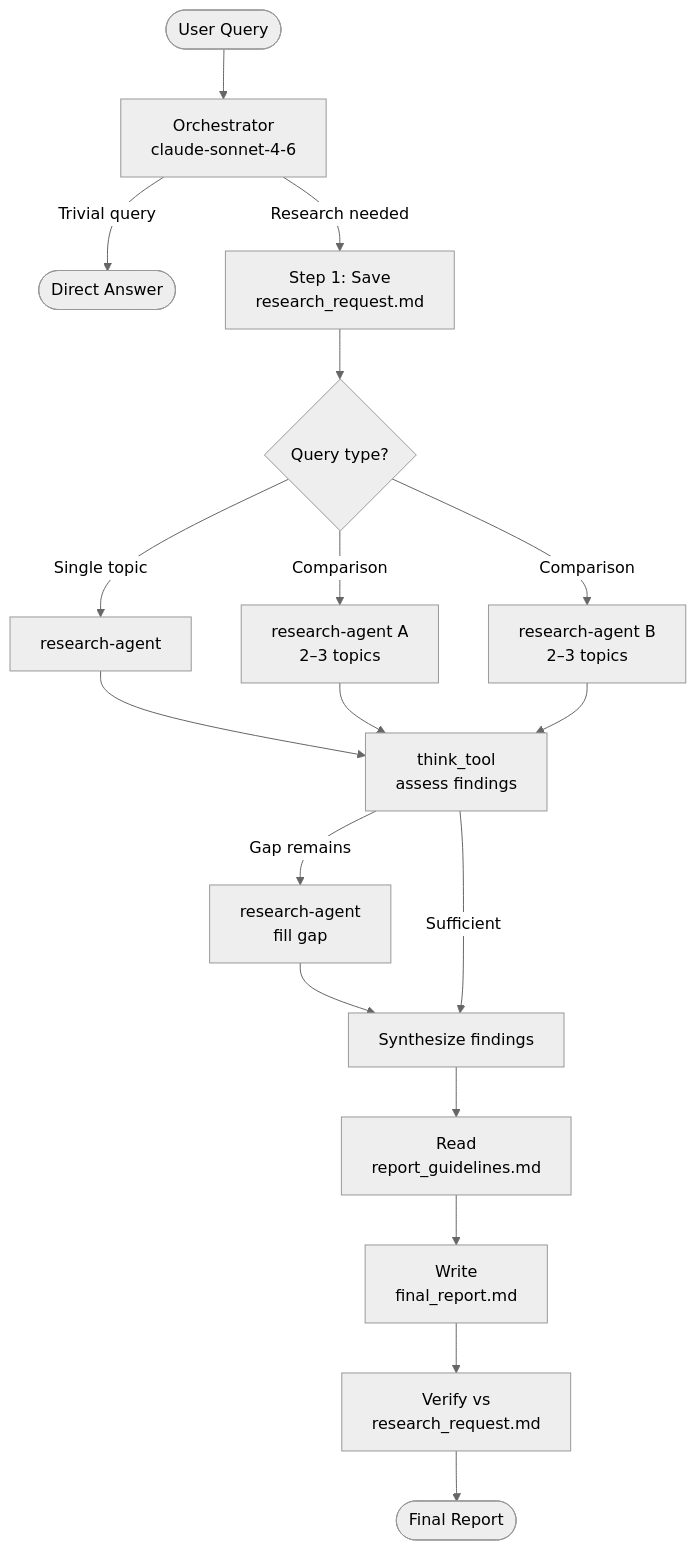
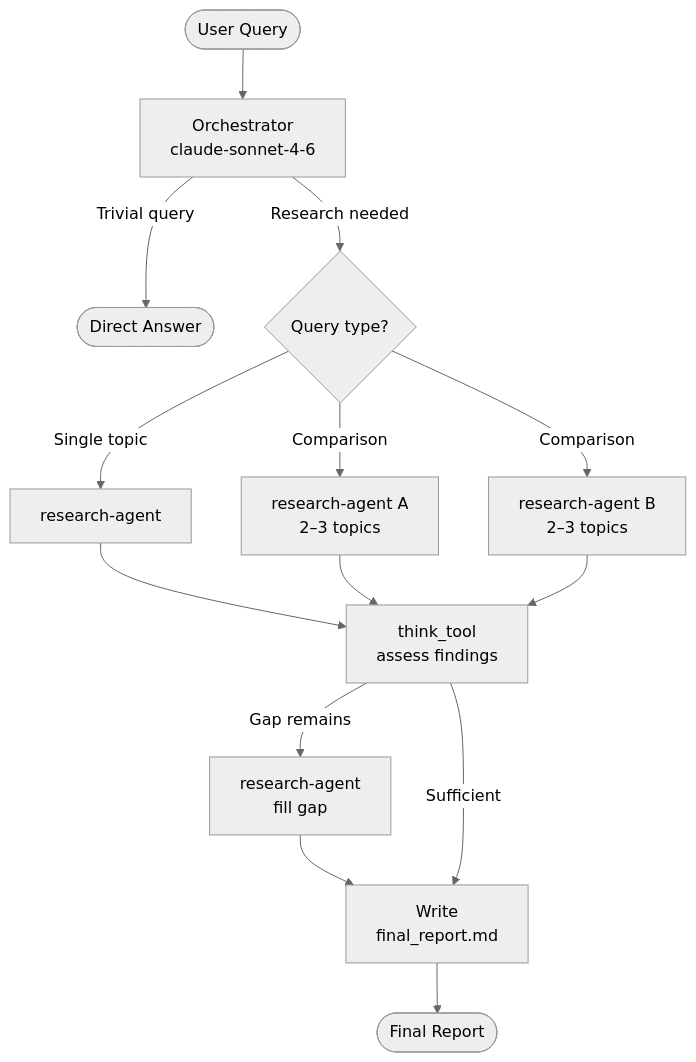
Before and after one commit to andrecodea/corporate-intelliops-agent: the first of 3 diagrams in README.md, drawn with Mermaid (neutral theme). The commit also changed 1 other file, not shown here.

Commit message:
refactor: remove report_guidelines.md and update agent flow diagrams

````diff
--- a/README.md
+++ b/README.md
@@ -9,26 +9,22 @@
 ```mermaid
 flowchart TD
     U([User Query]) --> O[Orchestrator\nclaude-sonnet-4-6]
 
     O -->|Trivial query| D([Direct Answer])
 
-    O -->|Research needed| B[Step 1: Save\nresearch_request.md]
-    B --> C{Query type?}
+    O -->|Research needed| C{Query type?}
 
     C -->|Single topic| R1[research-agent]
     C -->|Comparison| R2[research-agent A\n2–3 topics]
     C -->|Comparison| R3[research-agent B\n2–3 topics]
 
     R1 --> T[think_tool\nassess findings]
     R2 --> T
     R3 --> T
 
     T -->|Gap remains| RX[research-agent\nfill gap]
-    RX --> S
-    T -->|Sufficient| S[Synthesize findings]
+    RX --> F
+    T -->|Sufficient| F[Write\nfinal_report.md]
 
-    S --> W[Read\nreport_guidelines.md]
-    W --> F[Write\nfinal_report.md]
-    F --> V[Verify vs\nresearch_request.md]
-    V --> OUT([Final Report])
+    F --> OUT([Final Report])
 ```
````
